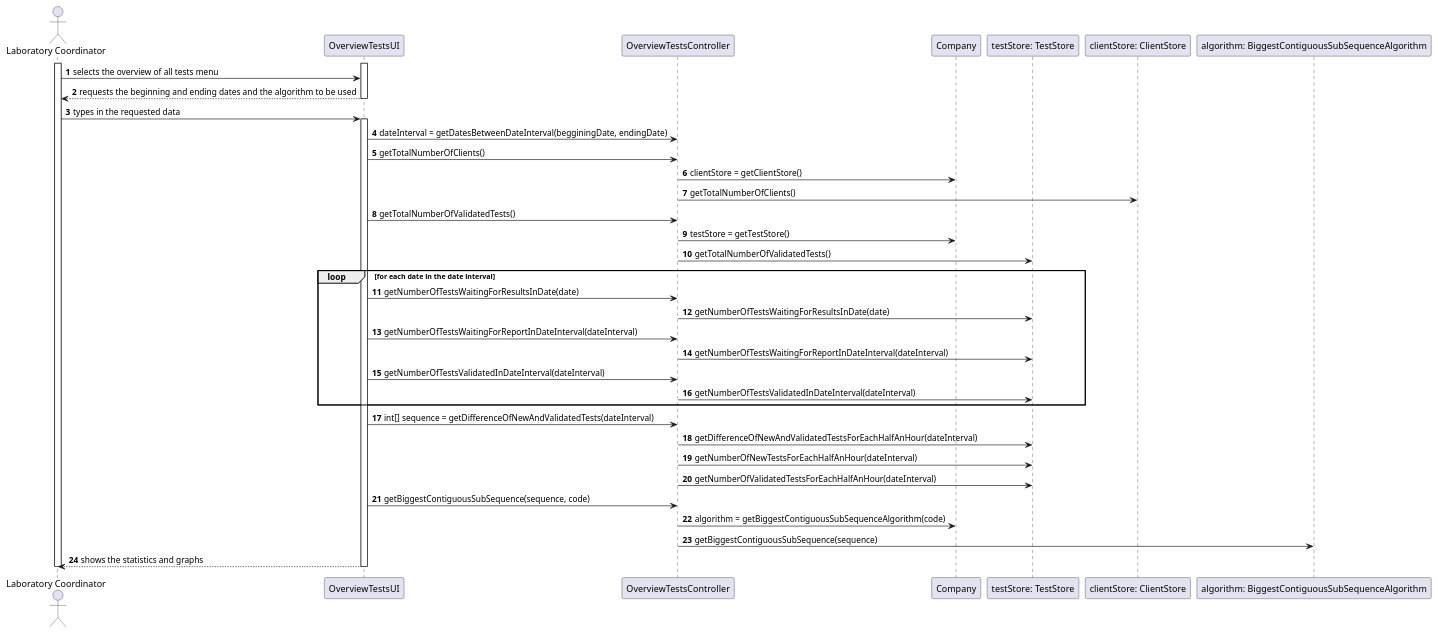
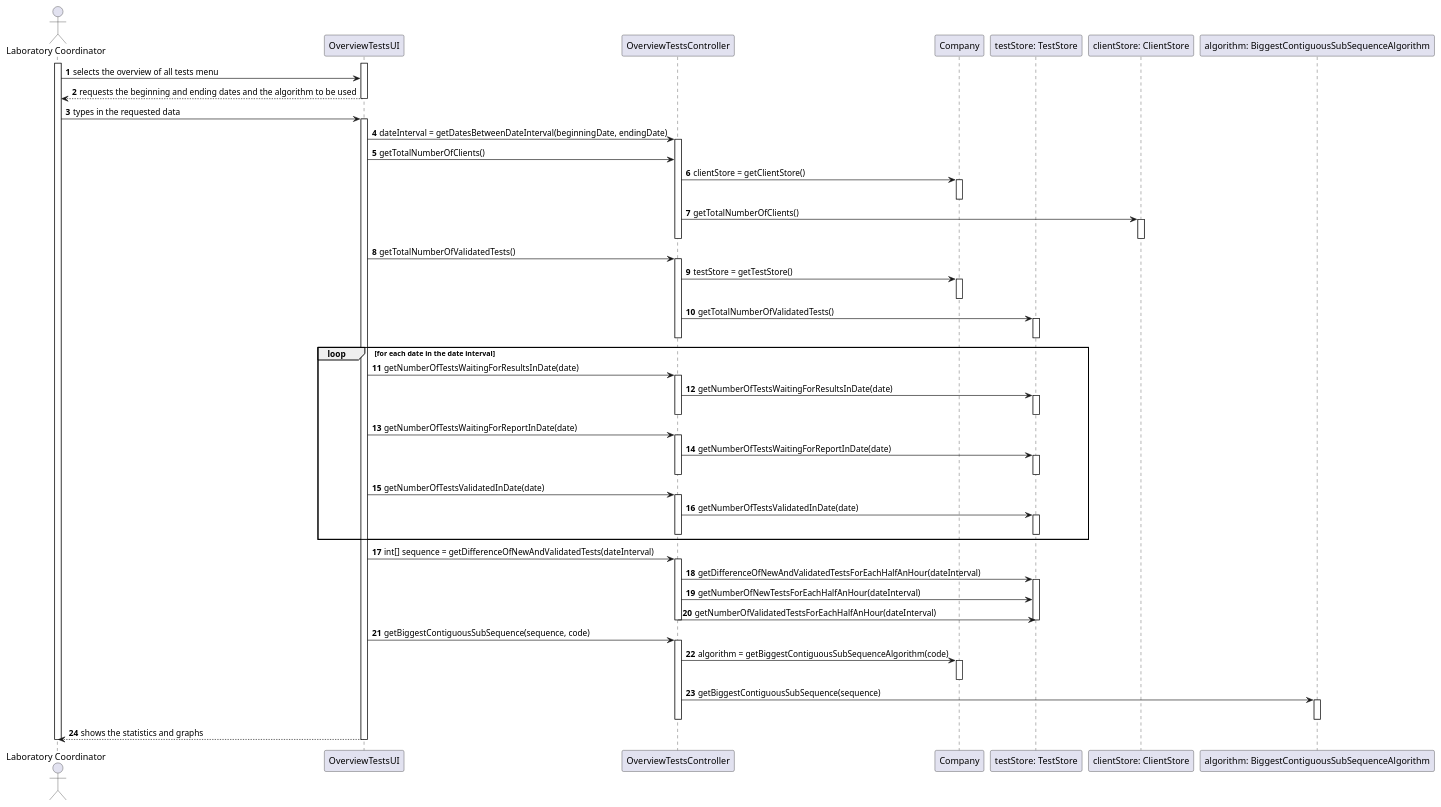
The diagram in docs/SprintD/US16/US16_SD.puml (MadDinosaur/ISEP-LAPR2), drawn with PlantUML before and after one commit. The commit also changed 7 other files, not shown here.

Commit message:
US16: created all the .svg; updated the requirements file; updated the class diagram, the sequence diagram and the domain model.

```diff
--- a/docs/SprintD/US16/US16_SD.puml
+++ b/docs/SprintD/US16/US16_SD.puml
@@ -1,48 +1,82 @@
 @startuml
 
 autonumber
 
 actor "Laboratory Coordinator" as lc
 participant "OverviewTestsUI" as otUI
 participant "OverviewTestsController" as otC
 participant "Company" as company
 participant "testStore: TestStore" as ts
 participant "clientStore: ClientStore" as cs
 participant "algorithm: BiggestContiguousSubSequenceAlgorithm"
 
 activate lc
 activate otUI
 
 lc -> otUI: selects the overview of all tests menu
 otUI -[dotted]> lc: requests the beginning and ending dates and the algorithm to be used
 deactivate otUI
 lc -> otUI: types in the requested data
 activate otUI
-otUI -> otC: dateInterval = getDatesBetweenDateInterval(begginingDate, endingDate)
+otUI -> otC: dateInterval = getDatesBetweenDateInterval(beginningDate, endingDate)
+activate otC
 otUI -> otC: getTotalNumberOfClients()
 otC -> company: clientStore = getClientStore()
+activate company
+deactivate company
 otC -> cs: getTotalNumberOfClients()
+activate cs
+deactivate cs
+deactivate otC
 otUI -> otC: getTotalNumberOfValidatedTests()
+activate otC
 otC -> company: testStore = getTestStore()
+activate company
+deactivate company
 otC -> ts: getTotalNumberOfValidatedTests()
+activate ts
+deactivate ts
+deactivate otC
 loop for each date in the date interval
 otUI -> otC: getNumberOfTestsWaitingForResultsInDate(date)
+activate otC
 otC -> ts: getNumberOfTestsWaitingForResultsInDate(date)
-otUI -> otC: getNumberOfTestsWaitingForReportInDateInterval(dateInterval)
-otC -> ts: getNumberOfTestsWaitingForReportInDateInterval(dateInterval)
-otUI -> otC: getNumberOfTestsValidatedInDateInterval(dateInterval)
-otC -> ts: getNumberOfTestsValidatedInDateInterval(dateInterval)
+activate ts
+deactivate ts
+deactivate otC
+otUI -> otC: getNumberOfTestsWaitingForReportInDate(date)
+activate otC
+otC -> ts: getNumberOfTestsWaitingForReportInDate(date)
+activate ts
+deactivate ts
+deactivate otC
+otUI -> otC: getNumberOfTestsValidatedInDate(date)
+activate otC
+otC -> ts: getNumberOfTestsValidatedInDate(date)
+activate ts
+deactivate ts
+deactivate otC
 end loop
 otUI -> otC: int[] sequence = getDifferenceOfNewAndValidatedTests(dateInterval)
+activate otC
 otC -> ts: getDifferenceOfNewAndValidatedTestsForEachHalfAnHour(dateInterval)
+activate ts
 otC -> ts: getNumberOfNewTestsForEachHalfAnHour(dateInterval)
 otC -> ts: getNumberOfValidatedTestsForEachHalfAnHour(dateInterval)
+deactivate ts
+deactivate otC
 otUI -> otC: getBiggestContiguousSubSequence(sequence, code)
+activate otC
 otC -> company: algorithm = getBiggestContiguousSubSequenceAlgorithm(code)
+activate company
+deactivate company
 otC -> "algorithm: BiggestContiguousSubSequenceAlgorithm": getBiggestContiguousSubSequence(sequence)
+activate "algorithm: BiggestContiguousSubSequenceAlgorithm"
+deactivate "algorithm: BiggestContiguousSubSequenceAlgorithm"
+deactivate otC
 otUI -[dotted]> lc: shows the statistics and graphs
 
 deactivate otUI
 deactivate lc
 
 @enduml
```
